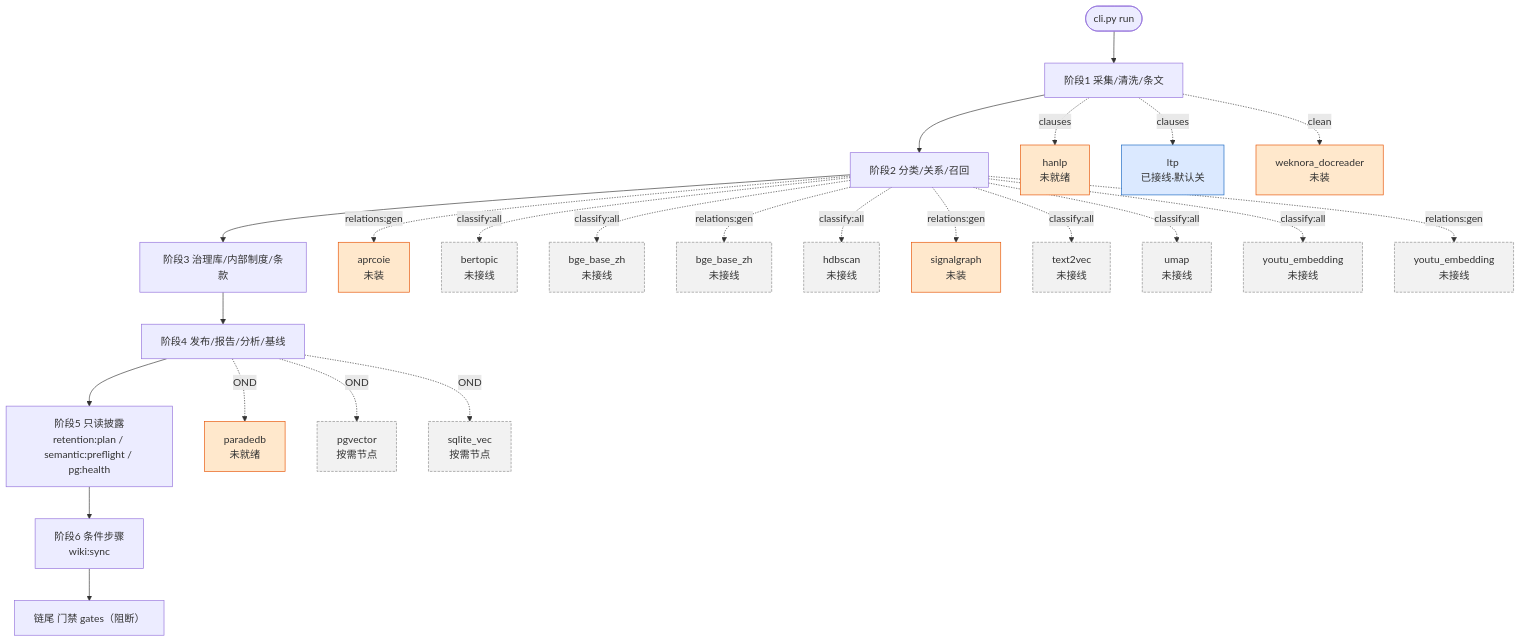
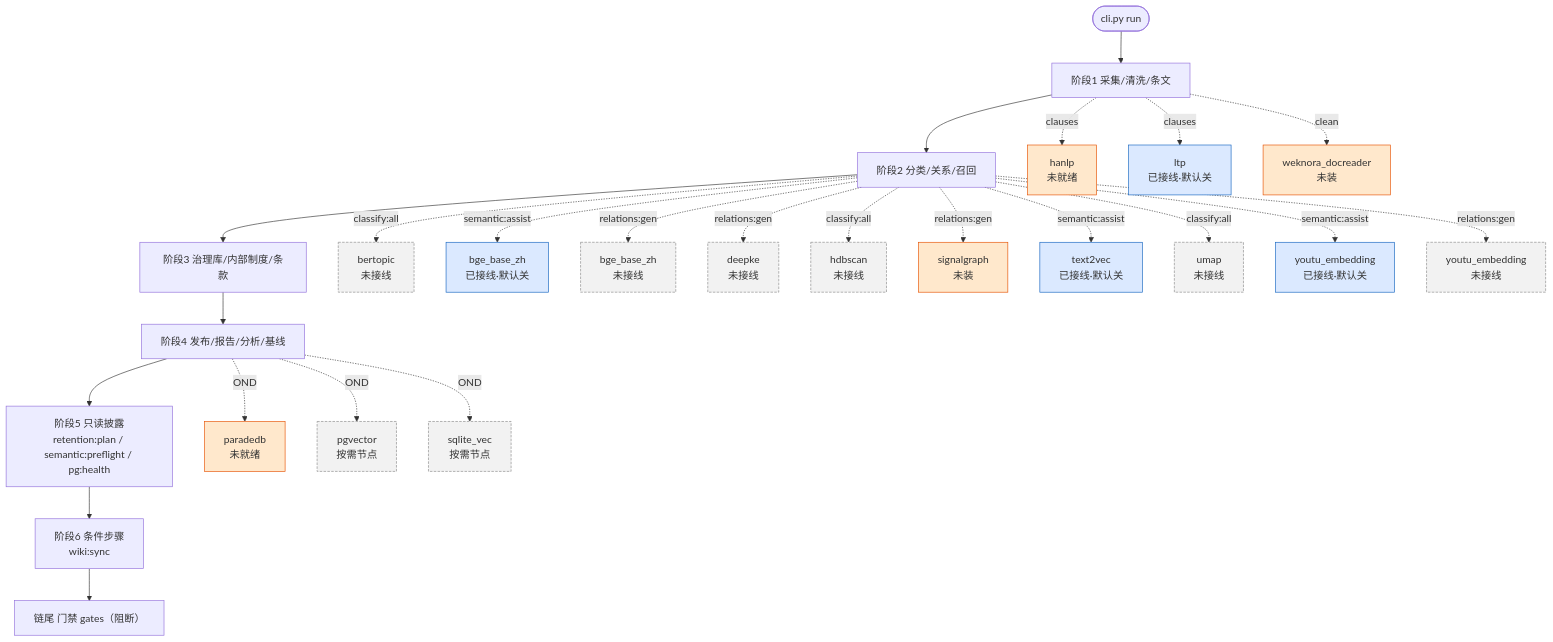
Before and after one commit to wangtierui/orchestrator: the third of 3 diagrams in README.md, drawn with Mermaid. The commit also changed other lines of this file and 29 other files, not shown here.

````diff
--- a/README.md
+++ b/README.md
@@ -403,37 +403,37 @@
 ```mermaid
 flowchart TD
   S(["cli.py run"]) --> A["阶段1 采集/清洗/条文"]
   A --> B["阶段2 分类/关系/召回"]
   B --> C["阶段3 治理库/内部制度/条款"]
   C --> D["阶段4 发布/报告/分析/基线"]
   D --> E["阶段5 只读披露<br/>retention:plan / semantic:preflight / pg:health"]
   E --> F["阶段6 条件步骤<br/>wiki:sync"]
   F --> G["链尾 门禁 gates（阻断）"]
 
-  B -.->|"relations:gen"| M_aprcoie["aprcoie<br/>未装"]
   B -.->|"classify:all"| M_bertopic["bertopic<br/>未接线"]
-  B -.->|"classify:all"| M_bge_base_zh["bge_base_zh<br/>未接线"]
+  B -.->|"semantic:assist"| M_bge_base_zh["bge_base_zh<br/>已接线·默认关"]
   B -.->|"relations:gen"| M_bge_base_zh_relations["bge_base_zh<br/>未接线"]
+  B -.->|"relations:gen"| M_deepke["deepke<br/>未接线"]
   A -.->|"clauses"| M_hanlp["hanlp<br/>未就绪"]
   B -.->|"classify:all"| M_hdbscan["hdbscan<br/>未接线"]
   A -.->|"clauses"| M_ltp["ltp<br/>已接线·默认关"]
   D -.->|"OND"| M_paradedb["paradedb<br/>未就绪"]
   D -.->|"OND"| M_pgvector["pgvector<br/>按需节点"]
   B -.->|"relations:gen"| M_signalgraph["signalgraph<br/>未装"]
   D -.->|"OND"| M_sqlite_vec["sqlite_vec<br/>按需节点"]
-  B -.->|"classify:all"| M_text2vec["text2vec<br/>未接线"]
+  B -.->|"semantic:assist"| M_text2vec["text2vec<br/>已接线·默认关"]
   B -.->|"classify:all"| M_umap["umap<br/>未接线"]
   A -.->|"clean"| M_weknora_docreader["weknora_docreader<br/>未装"]
-  B -.->|"classify:all"| M_youtu_embedding["youtu_embedding<br/>未接线"]
+  B -.->|"semantic:assist"| M_youtu_embedding["youtu_embedding<br/>已接线·默认关"]
   B -.->|"relations:gen"| M_youtu_embedding_relations["youtu_embedding<br/>未接线"]
 
   classDef on fill:#d7f2df,stroke:#2e7d32,stroke-width:1px
   classDef gated fill:#dbe9ff,stroke:#1565c0,stroke-width:1px
   classDef off fill:#f2f2f2,stroke:#8a8a8a,stroke-dasharray:4 2
   classDef notready fill:#ffe8cc,stroke:#e65100,stroke-width:1px
-  class M_ltp gated
-  class M_bertopic,M_bge_base_zh,M_bge_base_zh_relations,M_hdbscan,M_text2vec,M_umap,M_youtu_embedding,M_youtu_embedding_relations off
+  class M_bge_base_zh,M_ltp,M_text2vec,M_youtu_embedding gated
+  class M_bertopic,M_bge_base_zh_relations,M_deepke,M_hdbscan,M_umap,M_youtu_embedding_relations off
   class M_pgvector,M_sqlite_vec off
   class M_hanlp,M_paradedb notready
-  class M_aprcoie,M_signalgraph,M_weknora_docreader notready
+  class M_signalgraph,M_weknora_docreader notready
 ```
````
